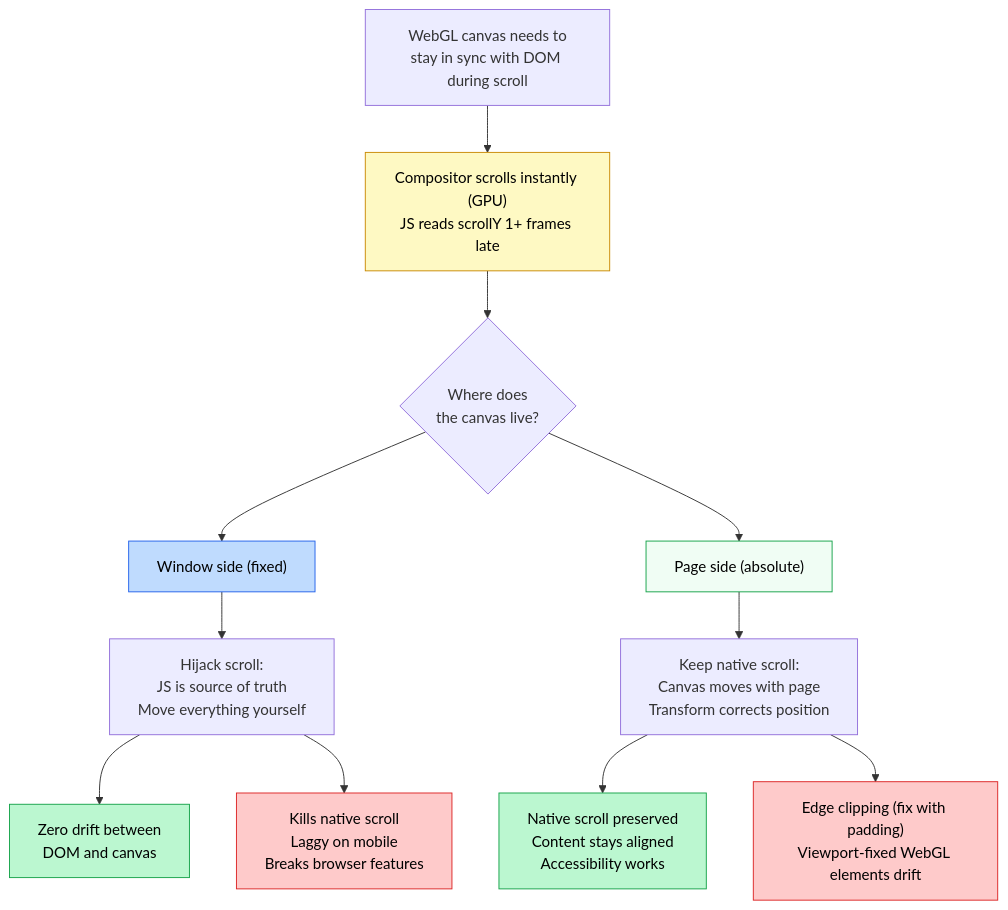
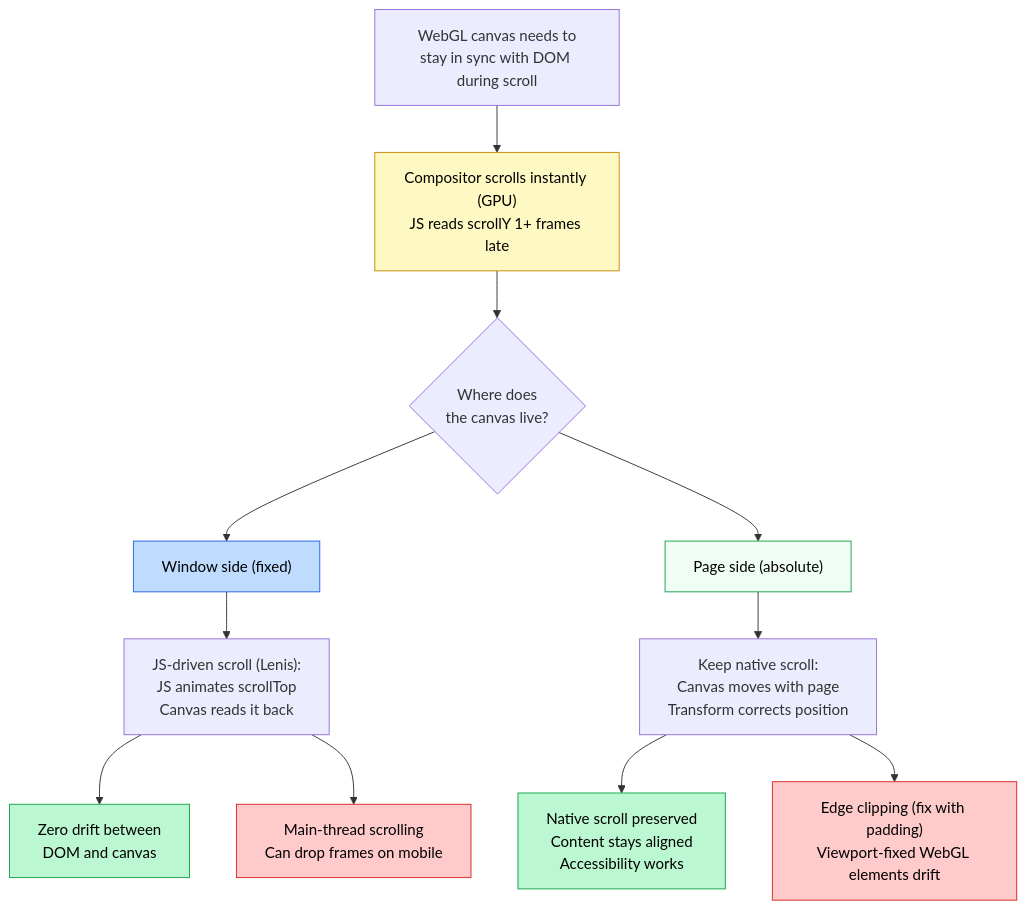
Before and after one commit to joyco-studio/registry: diagram 11 of 11 in content/logs/08-webgl-scroll-sync.mdx, drawn with Mermaid. The commit also changed other lines of this file, not shown here.

First line of the commit message:
Rewrite Approach 1 around Lenis, drop older scroll hijack libraries

````diff
--- a/content/logs/08-webgl-scroll-sync.mdx
+++ b/content/logs/08-webgl-scroll-sync.mdx
@@ -382,25 +371,25 @@
 ```mermaid
 flowchart TD
     ROOT["WebGL canvas needs to<br/>stay in sync with DOM during scroll"]
     ROOT --> PROBLEM["Compositor scrolls instantly (GPU)<br/>JS reads scrollY 1+ frames late"]
     PROBLEM --> Q{"Where does<br/>the canvas live?"}
 
     Q --> FIXED["Window side (fixed)"]
     Q --> ABS["Page side (absolute)"]
 
-    FIXED --> FIX_HOW["Hijack scroll:<br/>JS is source of truth<br/>Move everything yourself"]
+    FIXED --> FIX_HOW["JS-driven scroll (Lenis):<br/>JS animates scrollTop<br/>Canvas reads it back"]
     FIX_HOW --> FIX_PRO["Zero drift between<br/>DOM and canvas"]
-    FIX_HOW --> FIX_CON["Kills native scroll<br/>Laggy on mobile<br/>Breaks browser features"]
+    FIX_HOW --> FIX_CON["Main-thread scrolling<br/>Can drop frames on mobile"]
 
     ABS --> ABS_HOW["Keep native scroll:<br/>Canvas moves with page<br/>Transform corrects position"]
     ABS_HOW --> ABS_PRO["Native scroll preserved<br/>Content stays aligned<br/>Accessibility works"]
     ABS_HOW --> ABS_CON["Edge clipping (fix with padding)<br/>Viewport-fixed WebGL elements drift"]
 
     style PROBLEM fill:#fef9c3,stroke:#ca8a04,color:#000
     style FIXED fill:#bfdbfe,stroke:#2563eb,color:#000
     style ABS fill:#f0fdf4,stroke:#16a34a,color:#000
     style FIX_PRO fill:#bbf7d0,stroke:#16a34a,color:#000
     style FIX_CON fill:#fecaca,stroke:#dc2626,color:#000
     style ABS_PRO fill:#bbf7d0,stroke:#16a34a,color:#000
     style ABS_CON fill:#fecaca,stroke:#dc2626,color:#000
 ```
````
